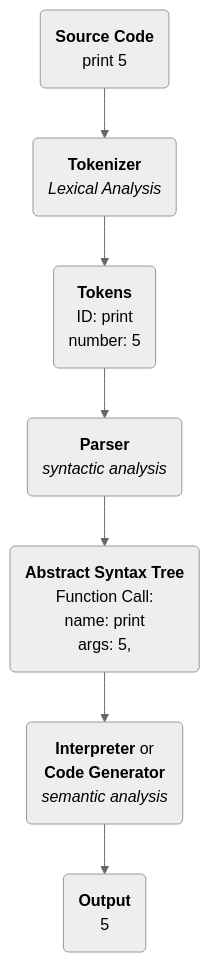
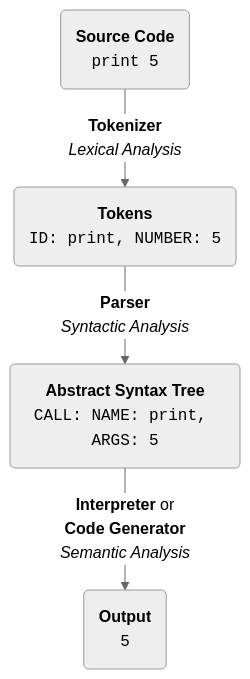
One commit to Bricktech2000/Notes changed the diagram in notes/programming language.md. Above: the diagram before and after it, drawn with Mermaid (neutral theme). The commit also changed 176 other files, not shown here.

````diff
--- a/notes/programming language.md
+++ b/notes/programming language.md
@@ -23,4 +23,9 @@
 ```mermaid
-graph TD;
-A(<b>Source Code</b><br>print 5) --> B(<b>Tokenizer</b><br><em>Lexical Analysis</em>) --> C(<b>Tokens</b><br>ID: print<br>number: 5) --> D(<b>Parser</b><br><em>syntactic analysis</em>) --> E(<b>Abstract Syntax Tree</b><br>Function Call:<br>name: print<br>args: 5,) --> F(<b>Interpreter</b> or<br><b>Code Generator</b><br><em>semantic analysis</em>) --> G(<b>Output</b><br>5)
+graph TD
+  A(<strong>Source Code</strong><br><code>print 5</code>)
+  B(<strong>Tokens</strong><br><code>ID: print, NUMBER: 5</code>)
+  C(<strong>Abstract Syntax Tree</strong><br><code>CALL: NAME: print, ARGS: 5</code>)
+  D(<strong>Output</strong><br><code>5</code>)
+
+  A -- <strong>Tokenizer</strong><br><em>Lexical Analysis</em> --> B -- <strong>Parser</strong><br><em>Syntactic Analysis</em> --> C -- <strong>Interpreter</strong> or<br><strong>Code Generator</strong><br><em>Semantic Analysis</em> --> D
 ```
````
